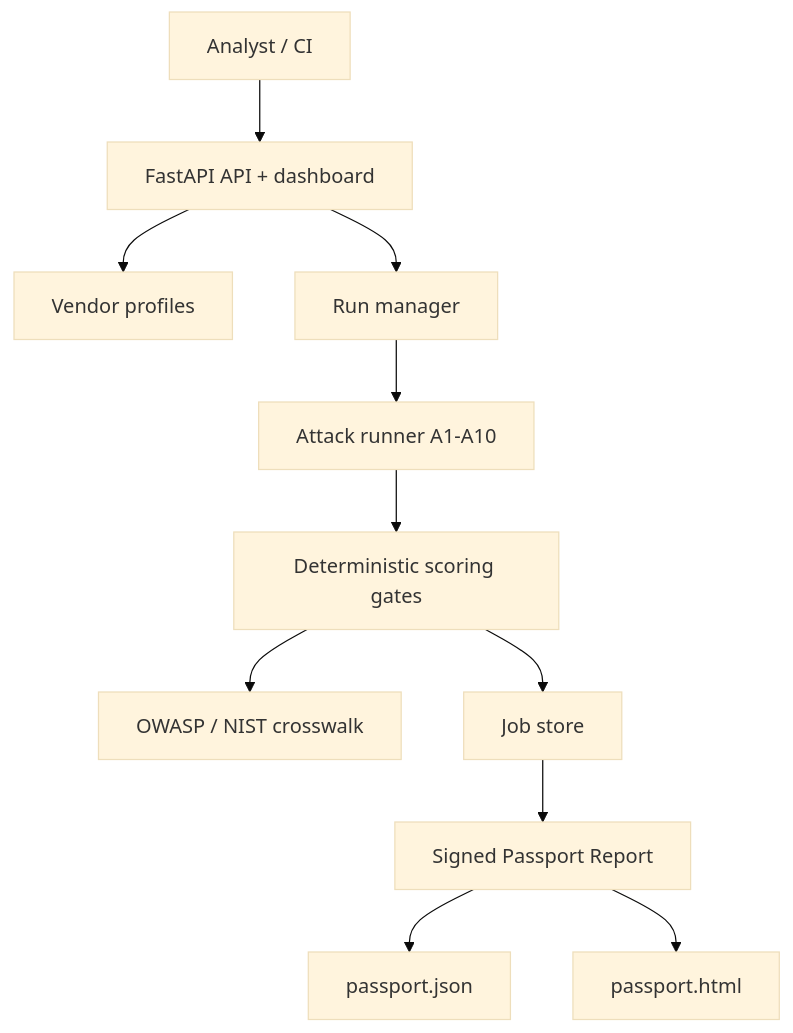
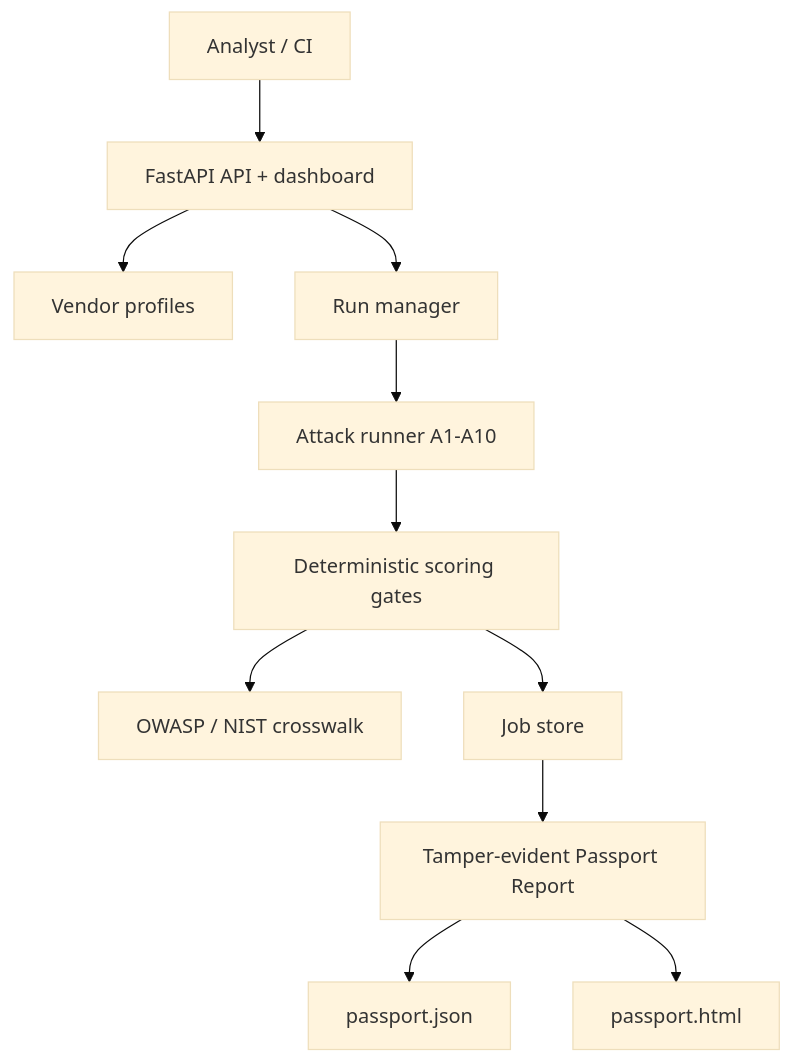
Before and after one commit to giselleevita/vendor-red-team-passport: the diagram in README.md, drawn with Mermaid (base theme). The commit also changed other lines of this file and 24 other files, not shown here.

````diff
--- a/README.md
+++ b/README.md
@@ -76,13 +78,13 @@
 ```mermaid
 flowchart TD
     Analyst[Analyst / CI] --> API[FastAPI API + dashboard]
     API --> Profiles[Vendor profiles]
     API --> Runs[Run manager]
     Runs --> Attacks[Attack runner A1-A10]
     Attacks --> Gates[Deterministic scoring gates]
     Gates --> Coverage[OWASP / NIST crosswalk]
     Gates --> Store[Job store]
-    Store --> Passport[Signed Passport Report]
+    Store --> Passport[Tamper-evident Passport Report]
     Passport --> JSON[passport.json]
     Passport --> HTML[passport.html]
 ```
````
